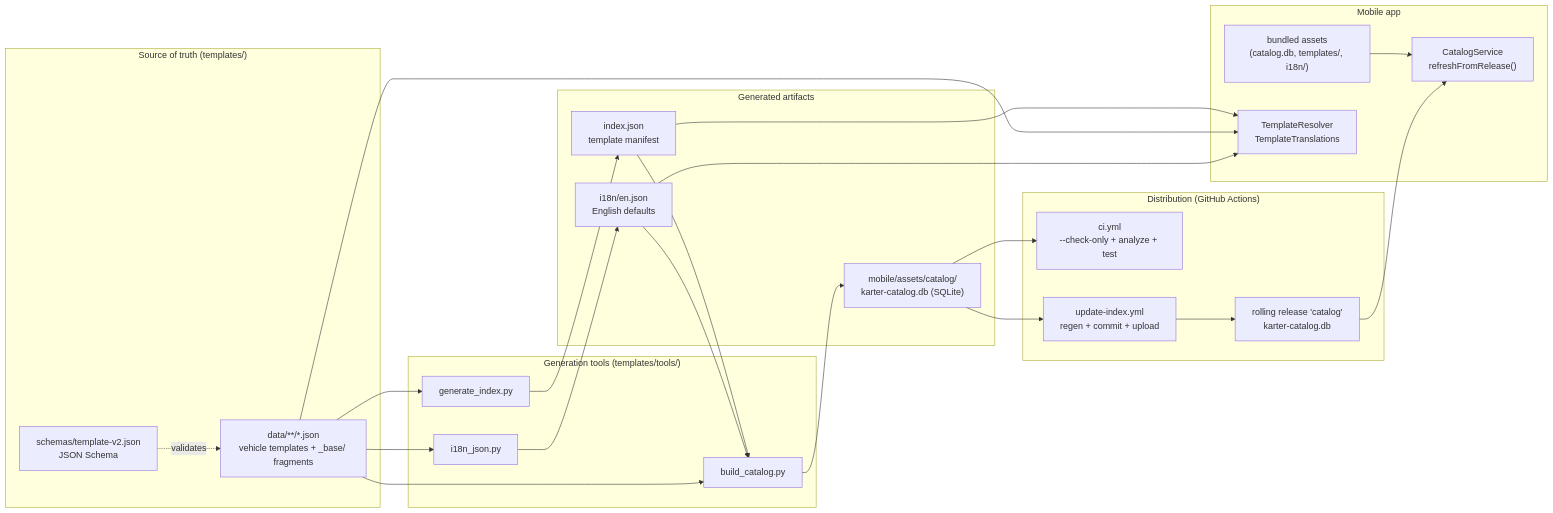
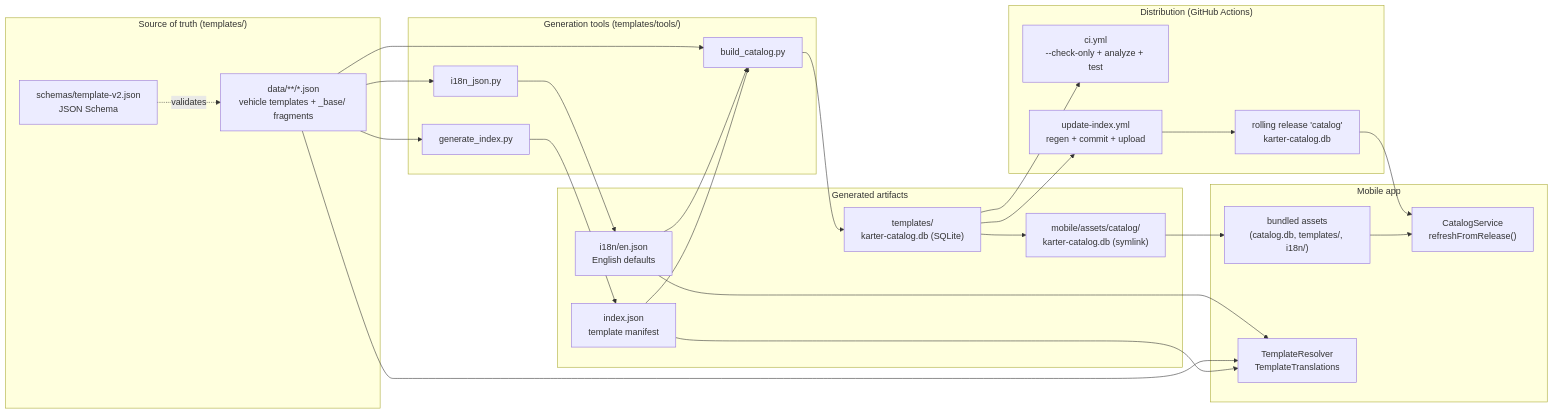
One commit to abrahdev/karter changed the first of 4 diagrams in docs/docs/developer/data-pipeline.md. Above: the diagram before and after it, drawn with Mermaid. The commit also changed other lines of this file and 58 other files, not shown here.

````diff
--- a/docs/docs/developer/data-pipeline.md
+++ b/docs/docs/developer/data-pipeline.md
@@ -82,46 +82,49 @@
 ```mermaid
 flowchart LR
     subgraph Source["Source of truth (templates/)"]
         DATA["data/**/*.json<br/>vehicle templates + _base/ fragments"]
         SCHEMA["schemas/template-v2.json<br/>JSON Schema"]
     end
 
     subgraph Tools["Generation tools (templates/tools/)"]
         GEN["generate_index.py"]
         I18N["i18n_json.py"]
         BUILD["build_catalog.py"]
     end
 
     subgraph Artifacts["Generated artifacts"]
         IDX["index.json<br/>template manifest"]
         EN["i18n/en.json<br/>English defaults"]
-        DB["mobile/assets/catalog/<br/>karter-catalog.db (SQLite)"]
+        DB["templates/<br/>karter-catalog.db (SQLite)"]
+        SYM["mobile/assets/catalog/<br/>karter-catalog.db (symlink)"]
     end
 
     subgraph Dist["Distribution (GitHub Actions)"]
         CI["ci.yml<br/>--check-only + analyze + test"]
         UPD["update-index.yml<br/>regen + commit + upload"]
         REL["rolling release 'catalog'<br/>karter-catalog.db"]
     end
 
     subgraph App["Mobile app"]
         BUNDLED["bundled assets<br/>(catalog.db, templates/, i18n/)"]
         FETCH["CatalogService<br/>refreshFromRelease()"]
         RESOLVE["TemplateResolver<br/>TemplateTranslations"]
     end
 
     DATA --> GEN --> IDX
     DATA --> I18N --> EN
     IDX --> BUILD
     DATA --> BUILD
     EN --> BUILD
     SCHEMA -. validates .-> DATA
     BUILD --> DB
+    DB --> SYM
+    SYM --> BUNDLED
     DB --> CI
     DB --> UPD --> REL
     BUNDLED --> FETCH
     REL --> FETCH
     IDX --> RESOLVE
     DATA --> RESOLVE
     EN --> RESOLVE
 ```
````
